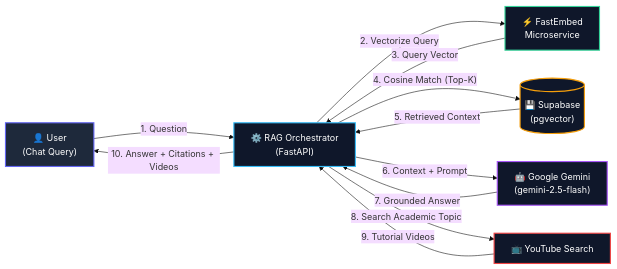
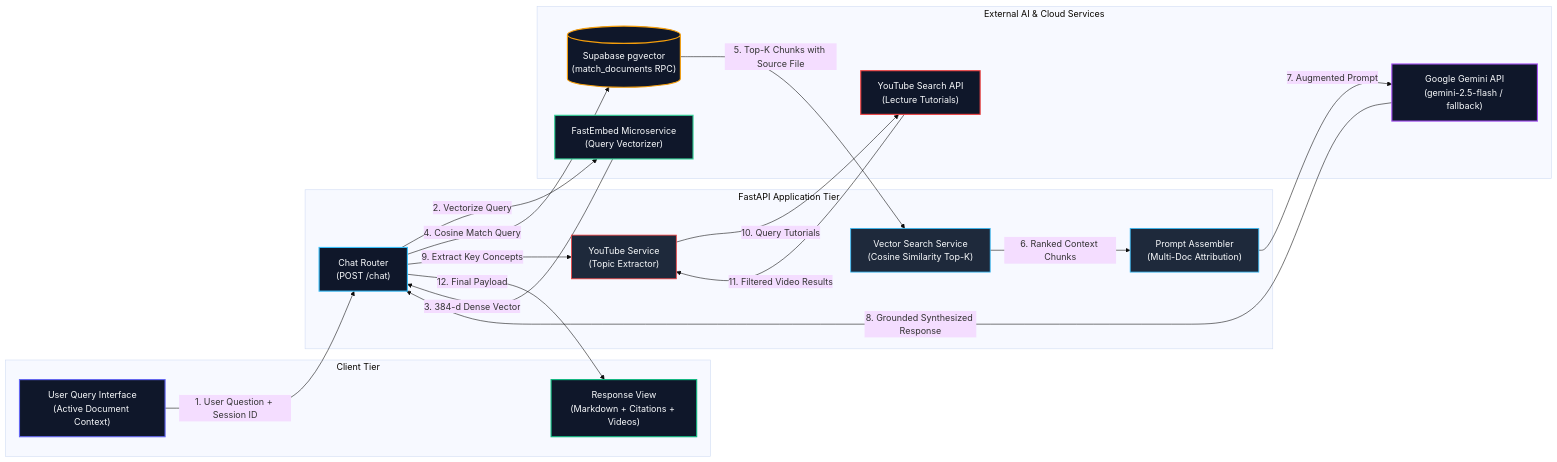
Before and after one commit to mani30mk/Document-AI-Chatbot: the second of 4 diagrams in README.md, drawn with Mermaid (base theme). The commit also changed other lines of this file, not shown here.

Commit message:
Update README with professional architecture flow diagrams and modular structure

````diff
--- a/README.md
+++ b/README.md
@@ -34,20 +57,45 @@
 ```mermaid
 flowchart LR
-    U["👤 User<br/>(Chat Query)"] -->|"1. Question"| S["⚙️ RAG Orchestrator<br/>(FastAPI)"]
-    S -->|"2. Vectorize Query"| EM["⚡ FastEmbed<br/>Microservice"]
-    EM -->|"3. Query Vector"| S
-    S -->|"4. Cosine Match (Top-K)"| DB[("💾 Supabase<br/>(pgvector)")]
-    DB -->|"5. Retrieved Context"| S
-    S -->|"6. Context + Prompt"| G["🤖 Google Gemini<br/>(gemini-2.5-flash)"]
-    G -->|"7. Grounded Answer"| S
-    S -->|"8. Search Academic Topic"| YT["📺 YouTube Search"]
-    YT -->|"9. Tutorial Videos"| S
-    S -->|"10. Answer + Citations + Videos"| U
+    subgraph Client["Client Tier"]
+        U["User Query Interface<br/>(Active Document Context)"]
+        Resp["Response View<br/>(Markdown + Citations + Videos)"]
+    end
 
-    style U fill:#1e293b,stroke:#6366f1,stroke-width:2px,color:#fff
-    style S fill:#0f172a,stroke:#38bdf8,stroke-width:2px,color:#fff
-    style EM fill:#0f172a,stroke:#34d399,stroke-width:2px,color:#fff
-    style DB fill:#0f172a,stroke:#f59e0b,stroke-width:2px,color:#fff
-    style G fill:#0f172a,stroke:#a855f7,stroke-width:2px,color:#fff
-    style YT fill:#0f172a,stroke:#ef4444,stroke-width:2px,color:#fff
+    subgraph Orchestrator["FastAPI Application Tier"]
+        R["Chat Router<br/>(POST /chat)"]
+        V["Vector Search Service<br/>(Cosine Similarity Top-K)"]
+        P["Prompt Assembler<br/>(Multi-Doc Attribution)"]
+        YT["YouTube Service<br/>(Topic Extractor)"]
+    end
+
+    subgraph External["External AI & Cloud Services"]
+        EM["FastEmbed Microservice<br/>(Query Vectorizer)"]
+        DB[("Supabase pgvector<br/>(match_documents RPC)")]
+        LLM["Google Gemini API<br/>(gemini-2.5-flash / fallback)"]
+        YTApi["YouTube Search API<br/>(Lecture Tutorials)"]
+    end
+
+    U -->|"1. User Question + Session ID"| R
+    R -->|"2. Vectorize Query"| EM
+    EM -->|"3. 384-d Dense Vector"| R
+    R -->|"4. Cosine Match Query"| DB
+    DB -->|"5. Top-K Chunks with Source File"| V
+    V -->|"6. Ranked Context Chunks"| P
+    P -->|"7. Augmented Prompt"| LLM
+    LLM -->|"8. Grounded Synthesized Response"| R
+    R -->|"9. Extract Key Concepts"| YT
+    YT -->|"10. Query Tutorials"| YTApi
+    YTApi -->|"11. Filtered Video Results"| YT
+    R -->|"12. Final Payload"| Resp
+
+    style U fill:#0f172a,stroke:#6366f1,stroke-width:2px,color:#f8fafc
+    style Resp fill:#0f172a,stroke:#10b981,stroke-width:2px,color:#f8fafc
+    style R fill:#0f172a,stroke:#38bdf8,stroke-width:2px,color:#f8fafc
+    style V fill:#1e293b,stroke:#38bdf8,stroke-width:1.5px,color:#f8fafc
+    style P fill:#1e293b,stroke:#38bdf8,stroke-width:1.5px,color:#f8fafc
+    style YT fill:#1e293b,stroke:#ef4444,stroke-width:1.5px,color:#f8fafc
+    style EM fill:#0f172a,stroke:#34d399,stroke-width:2px,color:#f8fafc
+    style DB fill:#0f172a,stroke:#f59e0b,stroke-width:2px,color:#f8fafc
+    style LLM fill:#0f172a,stroke:#a855f7,stroke-width:2px,color:#f8fafc
+    style YTApi fill:#0f172a,stroke:#ef4444,stroke-width:2px,color:#f8fafc
 ```
````
